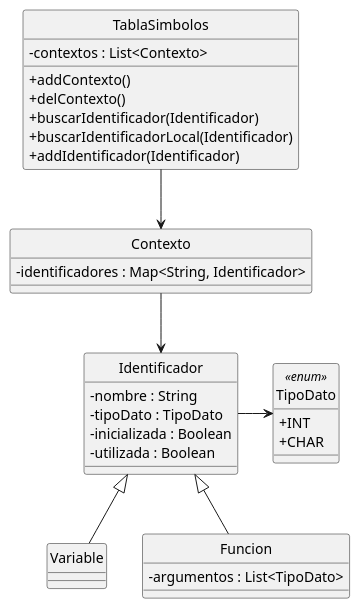
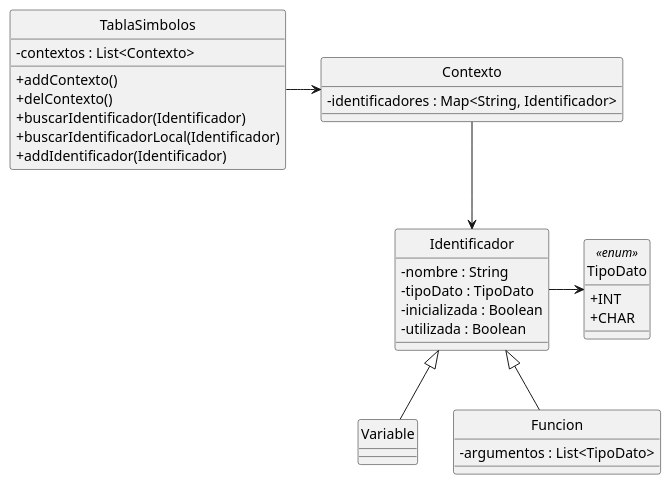
One commit to meschoyez/TecCompilacion2024 changed the diagram in doc/TablaSimbolos.puml. Above: the diagram before and after it, drawn with PlantUML. The commit also changed 4 other files, not shown here.

```diff
--- a/doc/TablaSimbolos.puml
+++ b/doc/TablaSimbolos.puml
@@ -1,46 +1,46 @@
 @startuml TablaSimbolos
 
 skinparam ClassAttributeIconSize 0
 hide circle
 
 class TablaSimbolos {
     - contextos : List<Contexto>
     + addContexto()
     + delContexto()
     + buscarIdentificador(Identificador)
     + buscarIdentificadorLocal(Identificador)
     + addIdentificador(Identificador)
 }
 
 class Contexto {
     - identificadores : Map<String, Identificador>
 }
 
 
 enum TipoDato <<enum>> {
     + INT
     + CHAR
 }
 
 class Identificador {
     - nombre : String
     - tipoDato : TipoDato
     - inicializada : Boolean
     - utilizada : Boolean
 }
 
 class Variable { }
 
 class Funcion {
     - argumentos : List<TipoDato>
 }
 
-TablaSimbolos --> Contexto
+TablaSimbolos -right-> Contexto
 
 Contexto --> Identificador
 
 Identificador -> TipoDato
 Identificador <|-- Variable
 Identificador <|-- Funcion
 
 @enduml
```
